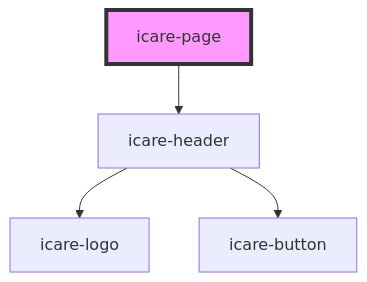
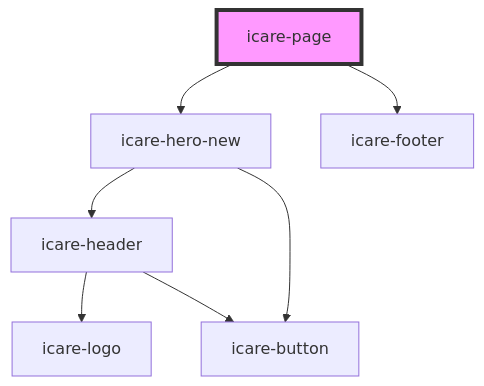
The diagram in src/components/icare-page/readme.md (ajkirwan1/icare-components), drawn with Mermaid before and after one commit. The commit also changed other lines of this file and 35 other files, not shown here.

````diff
--- a/src/components/icare-page/readme.md
+++ b/src/components/icare-page/readme.md
@@ -15,7 +16,10 @@
 ```mermaid
 graph TD;
-  icare-page --> icare-header
+  icare-page --> icare-hero-new
+  icare-page --> icare-footer
+  icare-hero-new --> icare-header
+  icare-hero-new --> icare-button
   icare-header --> icare-logo
   icare-header --> icare-button
   style icare-page fill:#f9f,stroke:#333,stroke-width:4px
 ```
````
